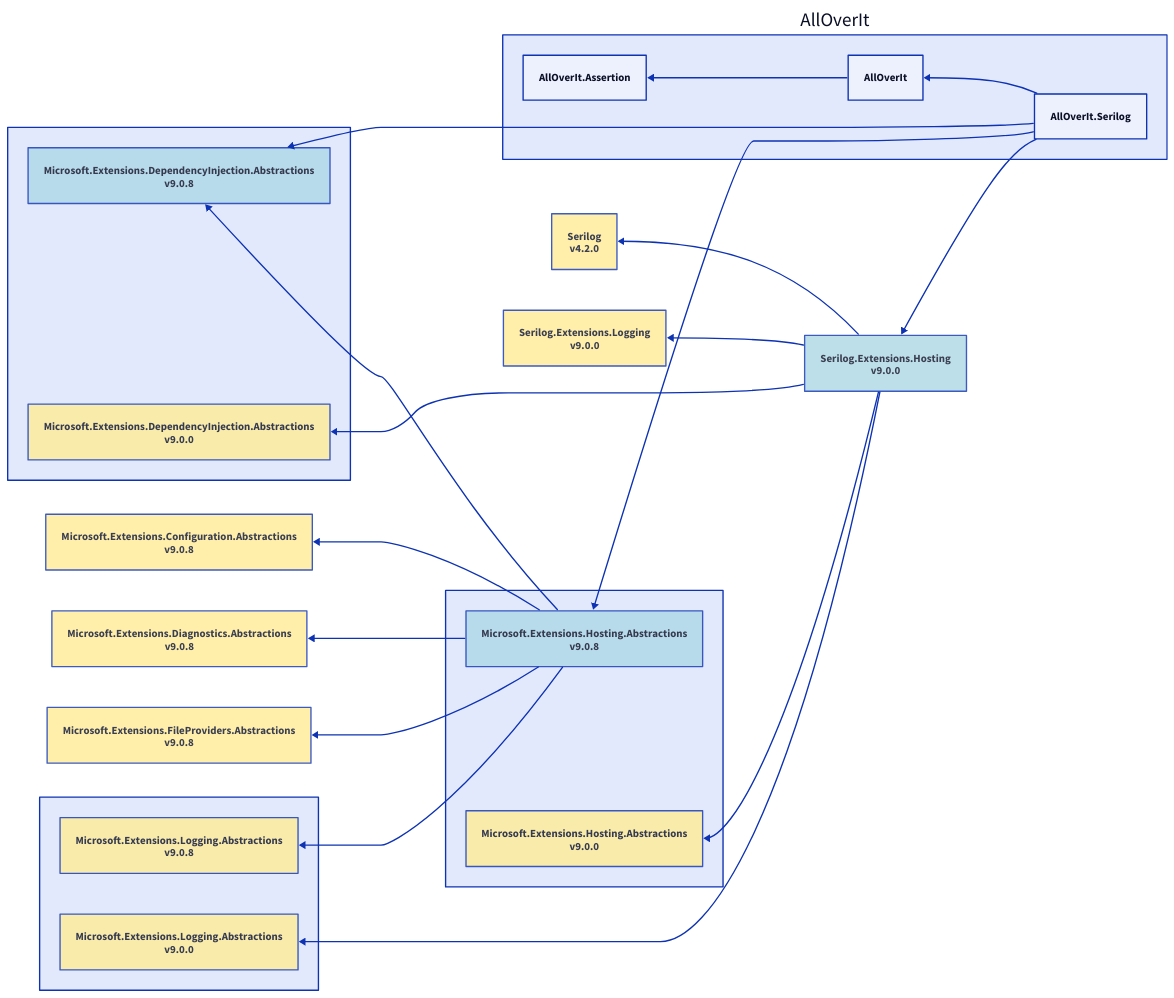
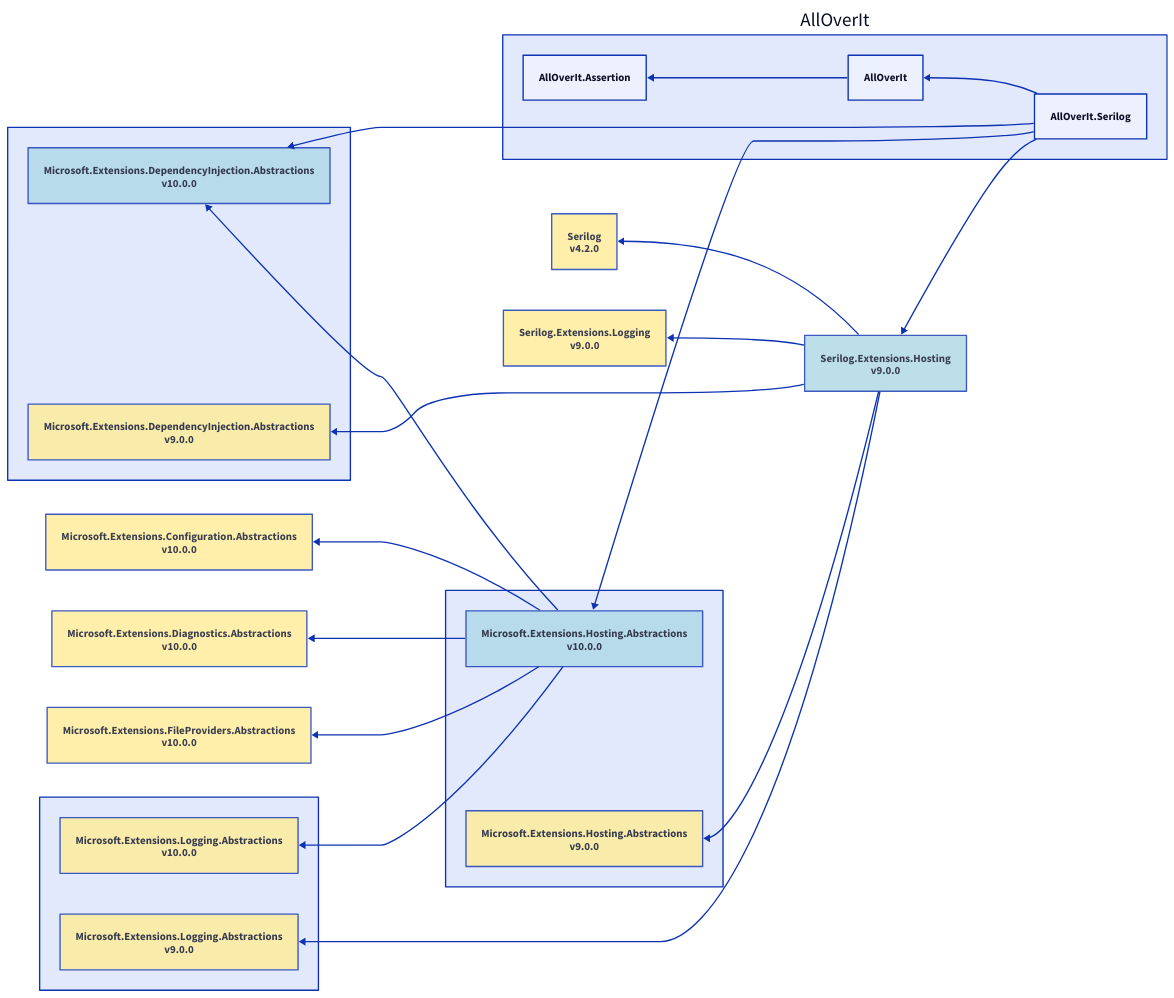
One commit to mjfreelancing/AllOverIt changed the diagram in Docs/Reference/Content/images/dependencies/net9.0/alloverit-serilog.d2. Above: the diagram before and after it, drawn with D2. The commit also changed 300 other files, not shown here.

```diff
--- a/Docs/Reference/Content/images/dependencies/net9.0/alloverit-serilog.d2
+++ b/Docs/Reference/Content/images/dependencies/net9.0/alloverit-serilog.d2
@@ -1,60 +1,60 @@
 direction: left
 
 aoi: AllOverIt
 aoi.alloverit-serilog: AllOverIt.Serilog
 microsoft-extensions-dependencyinjection-abstractions-group: ""
-microsoft-extensions-dependencyinjection-abstractions-group.microsoft-extensions-dependencyinjection-abstractions_9-0-8: Microsoft.Extensions.DependencyInjection.Abstractions\nv9.0.8
-microsoft-extensions-dependencyinjection-abstractions-group.microsoft-extensions-dependencyinjection-abstractions_9-0-8.style.fill: "#ADD8E6"
-microsoft-extensions-dependencyinjection-abstractions-group.microsoft-extensions-dependencyinjection-abstractions_9-0-8.style.opacity: 0.8
-microsoft-extensions-dependencyinjection-abstractions-group.microsoft-extensions-dependencyinjection-abstractions_9-0-8 <- aoi.alloverit-serilog
+microsoft-extensions-dependencyinjection-abstractions-group.microsoft-extensions-dependencyinjection-abstractions_10-0-0: Microsoft.Extensions.DependencyInjection.Abstractions\nv10.0.0
+microsoft-extensions-dependencyinjection-abstractions-group.microsoft-extensions-dependencyinjection-abstractions_10-0-0.style.fill: "#ADD8E6"
+microsoft-extensions-dependencyinjection-abstractions-group.microsoft-extensions-dependencyinjection-abstractions_10-0-0.style.opacity: 0.8
+microsoft-extensions-dependencyinjection-abstractions-group.microsoft-extensions-dependencyinjection-abstractions_10-0-0 <- aoi.alloverit-serilog
 microsoft-extensions-hosting-abstractions-group: ""
-microsoft-extensions-hosting-abstractions-group.microsoft-extensions-hosting-abstractions_9-0-8: Microsoft.Extensions.Hosting.Abstractions\nv9.0.8
-microsoft-extensions-hosting-abstractions-group.microsoft-extensions-hosting-abstractions_9-0-8.style.fill: "#ADD8E6"
-microsoft-extensions-hosting-abstractions-group.microsoft-extensions-hosting-abstractions_9-0-8.style.opacity: 0.8
-microsoft-extensions-configuration-abstractions_9-0-8: Microsoft.Extensions.Configuration.Abstractions\nv9.0.8
-microsoft-extensions-configuration-abstractions_9-0-8.style.fill: "#FFEC96"
-microsoft-extensions-configuration-abstractions_9-0-8.style.opacity: 0.8
-microsoft-extensions-configuration-abstractions_9-0-8 <- microsoft-extensions-hosting-abstractions-group.microsoft-extensions-hosting-abstractions_9-0-8
-microsoft-extensions-dependencyinjection-abstractions-group.microsoft-extensions-dependencyinjection-abstractions_9-0-8 <- microsoft-extensions-hosting-abstractions-group.microsoft-extensions-hosting-abstractions_9-0-8
-microsoft-extensions-diagnostics-abstractions_9-0-8: Microsoft.Extensions.Diagnostics.Abstractions\nv9.0.8
-microsoft-extensions-diagnostics-abstractions_9-0-8.style.fill: "#FFEC96"
-microsoft-extensions-diagnostics-abstractions_9-0-8.style.opacity: 0.8
-microsoft-extensions-diagnostics-abstractions_9-0-8 <- microsoft-extensions-hosting-abstractions-group.microsoft-extensions-hosting-abstractions_9-0-8
-microsoft-extensions-fileproviders-abstractions_9-0-8: Microsoft.Extensions.FileProviders.Abstractions\nv9.0.8
-microsoft-extensions-fileproviders-abstractions_9-0-8.style.fill: "#FFEC96"
-microsoft-extensions-fileproviders-abstractions_9-0-8.style.opacity: 0.8
-microsoft-extensions-fileproviders-abstractions_9-0-8 <- microsoft-extensions-hosting-abstractions-group.microsoft-extensions-hosting-abstractions_9-0-8
+microsoft-extensions-hosting-abstractions-group.microsoft-extensions-hosting-abstractions_10-0-0: Microsoft.Extensions.Hosting.Abstractions\nv10.0.0
+microsoft-extensions-hosting-abstractions-group.microsoft-extensions-hosting-abstractions_10-0-0.style.fill: "#ADD8E6"
+microsoft-extensions-hosting-abstractions-group.microsoft-extensions-hosting-abstractions_10-0-0.style.opacity: 0.8
+microsoft-extensions-configuration-abstractions_10-0-0: Microsoft.Extensions.Configuration.Abstractions\nv10.0.0
+microsoft-extensions-configuration-abstractions_10-0-0.style.fill: "#FFEC96"
+microsoft-extensions-configuration-abstractions_10-0-0.style.opacity: 0.8
+microsoft-extensions-configuration-abstractions_10-0-0 <- microsoft-extensions-hosting-abstractions-group.microsoft-extensions-hosting-abstractions_10-0-0
+microsoft-extensions-dependencyinjection-abstractions-group.microsoft-extensions-dependencyinjection-abstractions_10-0-0 <- microsoft-extensions-hosting-abstractions-group.microsoft-extensions-hosting-abstractions_10-0-0
+microsoft-extensions-diagnostics-abstractions_10-0-0: Microsoft.Extensions.Diagnostics.Abstractions\nv10.0.0
+microsoft-extensions-diagnostics-abstractions_10-0-0.style.fill: "#FFEC96"
+microsoft-extensions-diagnostics-abstractions_10-0-0.style.opacity: 0.8
+microsoft-extensions-diagnostics-abstractions_10-0-0 <- microsoft-extensions-hosting-abstractions-group.microsoft-extensions-hosting-abstractions_10-0-0
+microsoft-extensions-fileproviders-abstractions_10-0-0: Microsoft.Extensions.FileProviders.Abstractions\nv10.0.0
+microsoft-extensions-fileproviders-abstractions_10-0-0.style.fill: "#FFEC96"
+microsoft-extensions-fileproviders-abstractions_10-0-0.style.opacity: 0.8
+microsoft-extensions-fileproviders-abstractions_10-0-0 <- microsoft-extensions-hosting-abstractions-group.microsoft-extensions-hosting-abstractions_10-0-0
 microsoft-extensions-logging-abstractions-group: ""
-microsoft-extensions-logging-abstractions-group.microsoft-extensions-logging-abstractions_9-0-8: Microsoft.Extensions.Logging.Abstractions\nv9.0.8
-microsoft-extensions-logging-abstractions-group.microsoft-extensions-logging-abstractions_9-0-8.style.fill: "#FFEC96"
-microsoft-extensions-logging-abstractions-group.microsoft-extensions-logging-abstractions_9-0-8.style.opacity: 0.8
-microsoft-extensions-logging-abstractions-group.microsoft-extensions-logging-abstractions_9-0-8 <- microsoft-extensions-hosting-abstractions-group.microsoft-extensions-hosting-abstractions_9-0-8
-microsoft-extensions-hosting-abstractions-group.microsoft-extensions-hosting-abstractions_9-0-8 <- aoi.alloverit-serilog
+microsoft-extensions-logging-abstractions-group.microsoft-extensions-logging-abstractions_10-0-0: Microsoft.Extensions.Logging.Abstractions\nv10.0.0
+microsoft-extensions-logging-abstractions-group.microsoft-extensions-logging-abstractions_10-0-0.style.fill: "#FFEC96"
+microsoft-extensions-logging-abstractions-group.microsoft-extensions-logging-abstractions_10-0-0.style.opacity: 0.8
+microsoft-extensions-logging-abstractions-group.microsoft-extensions-logging-abstractions_10-0-0 <- microsoft-extensions-hosting-abstractions-group.microsoft-extensions-hosting-abstractions_10-0-0
+microsoft-extensions-hosting-abstractions-group.microsoft-extensions-hosting-abstractions_10-0-0 <- aoi.alloverit-serilog
 serilog-extensions-hosting_9-0-0: Serilog.Extensions.Hosting\nv9.0.0
 serilog-extensions-hosting_9-0-0.style.fill: "#ADD8E6"
 serilog-extensions-hosting_9-0-0.style.opacity: 0.8
 microsoft-extensions-dependencyinjection-abstractions-group.microsoft-extensions-dependencyinjection-abstractions_9-0-0: Microsoft.Extensions.DependencyInjection.Abstractions\nv9.0.0
 microsoft-extensions-dependencyinjection-abstractions-group.microsoft-extensions-dependencyinjection-abstractions_9-0-0.style.fill: "#FFEC96"
 microsoft-extensions-dependencyinjection-abstractions-group.microsoft-extensions-dependencyinjection-abstractions_9-0-0.style.opacity: 0.8
 microsoft-extensions-dependencyinjection-abstractions-group.microsoft-extensions-dependencyinjection-abstractions_9-0-0 <- serilog-extensions-hosting_9-0-0
 microsoft-extensions-hosting-abstractions-group.microsoft-extensions-hosting-abstractions_9-0-0: Microsoft.Extensions.Hosting.Abstractions\nv9.0.0
 microsoft-extensions-hosting-abstractions-group.microsoft-extensions-hosting-abstractions_9-0-0.style.fill: "#FFEC96"
 microsoft-extensions-hosting-abstractions-group.microsoft-extensions-hosting-abstractions_9-0-0.style.opacity: 0.8
 microsoft-extensions-hosting-abstractions-group.microsoft-extensions-hosting-abstractions_9-0-0 <- serilog-extensions-hosting_9-0-0
 microsoft-extensions-logging-abstractions-group.microsoft-extensions-logging-abstractions_9-0-0: Microsoft.Extensions.Logging.Abstractions\nv9.0.0
 microsoft-extensions-logging-abstractions-group.microsoft-extensions-logging-abstractions_9-0-0.style.fill: "#FFEC96"
 microsoft-extensions-logging-abstractions-group.microsoft-extensions-logging-abstractions_9-0-0.style.opacity: 0.8
 microsoft-extensions-logging-abstractions-group.microsoft-extensions-logging-abstractions_9-0-0 <- serilog-extensions-hosting_9-0-0
 serilog_4-2-0: Serilog\nv4.2.0
 serilog_4-2-0.style.fill: "#FFEC96"
 serilog_4-2-0.style.opacity: 0.8
 serilog_4-2-0 <- serilog-extensions-hosting_9-0-0
 serilog-extensions-logging_9-0-0: Serilog.Extensions.Logging\nv9.0.0
 serilog-extensions-logging_9-0-0.style.fill: "#FFEC96"
 serilog-extensions-logging_9-0-0.style.opacity: 0.8
 serilog-extensions-logging_9-0-0 <- serilog-extensions-hosting_9-0-0
 serilog-extensions-hosting_9-0-0 <- aoi.alloverit-serilog
 aoi.alloverit: AllOverIt
 aoi.alloverit-assertion: AllOverIt.Assertion
 aoi.alloverit-assertion <- aoi.alloverit
 aoi.alloverit <- aoi.alloverit-serilog
```
